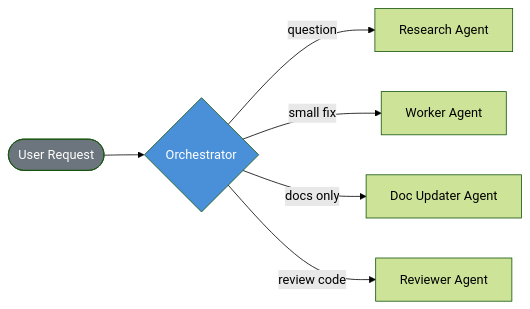
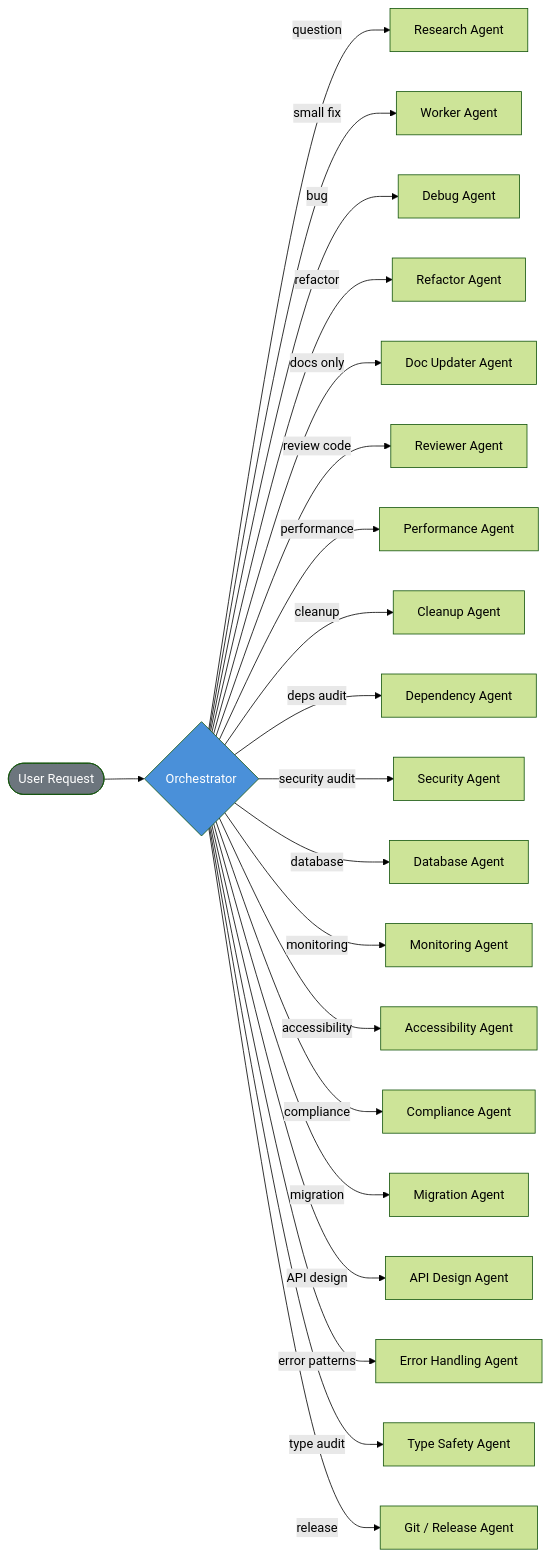
Before and after one commit to Doumajnik/template: the third of 4 diagrams in AGENTS.md, drawn with Mermaid (forest theme). The commit also changed other lines of this file and 45 other files, not shown here.

````diff
--- a/AGENTS.md
+++ b/AGENTS.md
@@ -102,11 +122,26 @@
 ```mermaid
 flowchart LR
     U([User Request]) --> O{Orchestrator}
     O -->|question| RS[Research Agent]
     O -->|small fix| W[Worker Agent]
+    O -->|bug| DB[Debug Agent]
+    O -->|refactor| RF[Refactor Agent]
     O -->|docs only| DU[Doc Updater Agent]
     O -->|review code| RV[Reviewer Agent]
+    O -->|performance| PF[Performance Agent]
+    O -->|cleanup| CL[Cleanup Agent]
+    O -->|deps audit| DP[Dependency Agent]
+    O -->|security audit| SEC[Security Agent]
+    O -->|database| DBA[Database Agent]
+    O -->|monitoring| MN[Monitoring Agent]
+    O -->|accessibility| AC[Accessibility Agent]
+    O -->|compliance| CM[Compliance Agent]
+    O -->|migration| MG[Migration Agent]
+    O -->|API design| AD[API Design Agent]
+    O -->|error patterns| EH[Error Handling Agent]
+    O -->|type audit| TS[Type Safety Agent]
+    O -->|release| GR[Git / Release Agent]
 
     style O fill:#4a90d9,color:#fff
     style U fill:#6c757d,color:#fff
 ```
````
